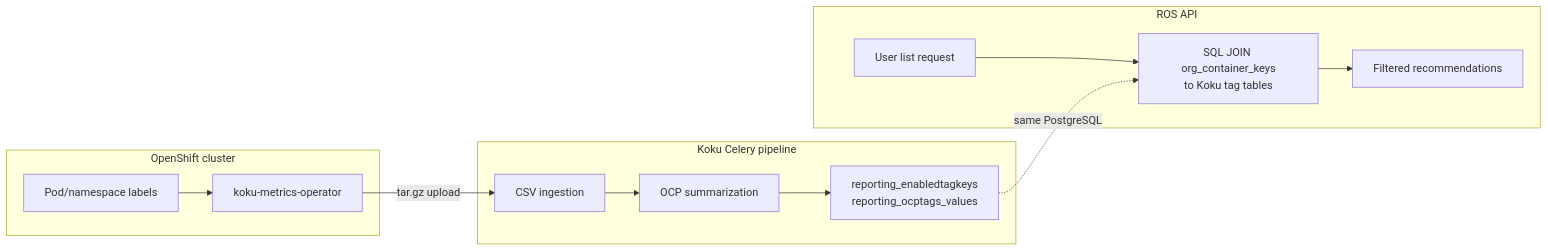
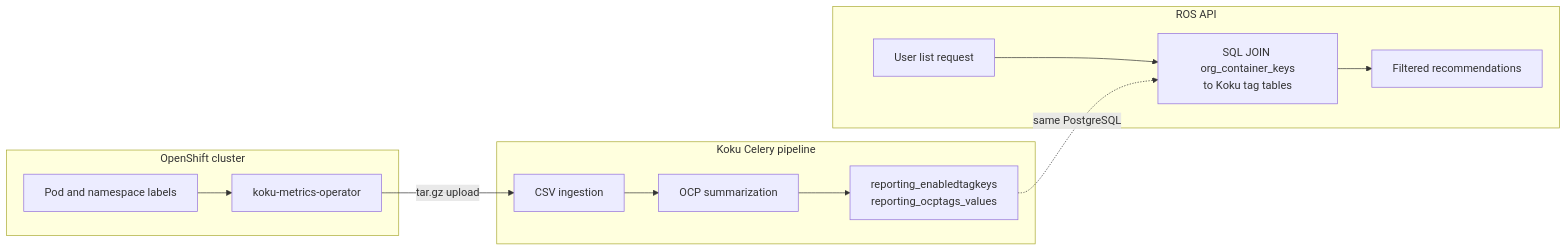
The first of 2 diagrams in docs/features/tag-filtering.md (pgarciaq/ros-ocp-backend), drawn with Mermaid before and after one commit. The commit also changed other lines of this file and 3 other files, not shown here.

First line of the commit message:
Fix remaining Mermaid v11 syntax errors in tag-filtering docs.

````diff
--- a/docs/features/tag-filtering.md
+++ b/docs/features/tag-filtering.md
@@ -40,22 +40,22 @@
 ```mermaid
 flowchart LR
     subgraph cluster["OpenShift cluster"]
-        OP[Pod/namespace labels]
-        MO[koku-metrics-operator]
+        OP["Pod and namespace labels"]
+        MO["koku-metrics-operator"]
         OP --> MO
     end
     subgraph koku["Koku Celery pipeline"]
-        ING[CSV ingestion]
-        SUM[OCP summarization]
+        ING["CSV ingestion"]
+        SUM["OCP summarization"]
         TAGT["reporting_enabledtagkeys<br/>reporting_ocptags_values"]
         ING --> SUM --> TAGT
     end
     subgraph ros["ROS API"]
-        REQ[User list request]
+        REQ["User list request"]
         JOIN["SQL JOIN org_container_keys<br/>to Koku tag tables"]
-        RESP[Filtered recommendations]
+        RESP["Filtered recommendations"]
         REQ --> JOIN --> RESP
     end
     MO -->|tar.gz upload| ING
     TAGT -.->|same PostgreSQL| JOIN
 ```
````
